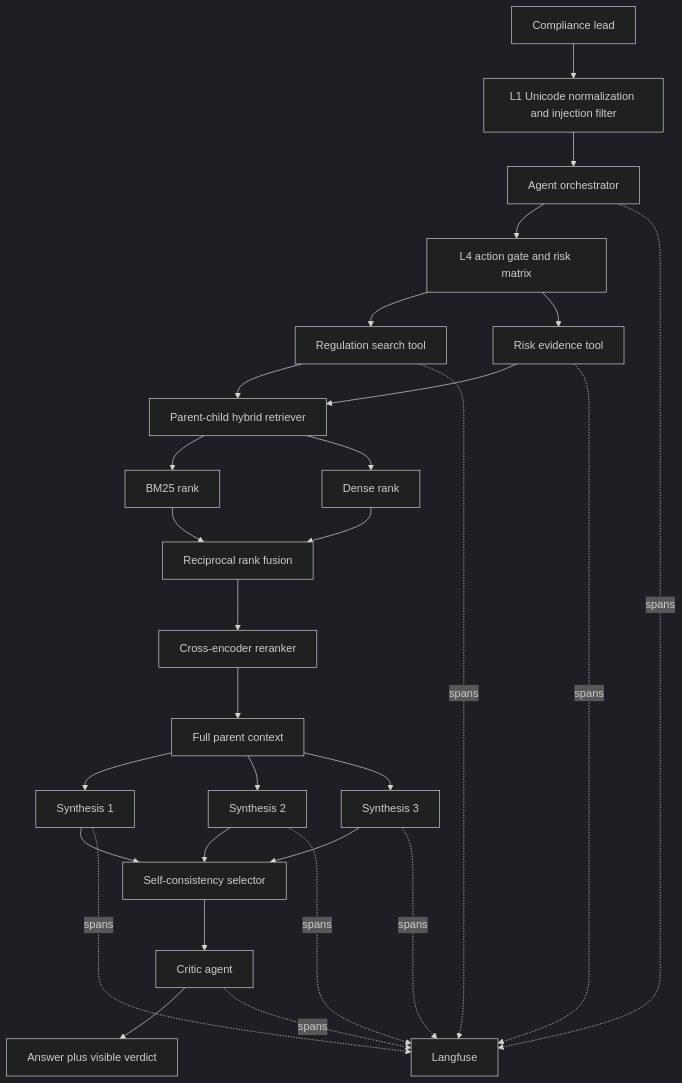
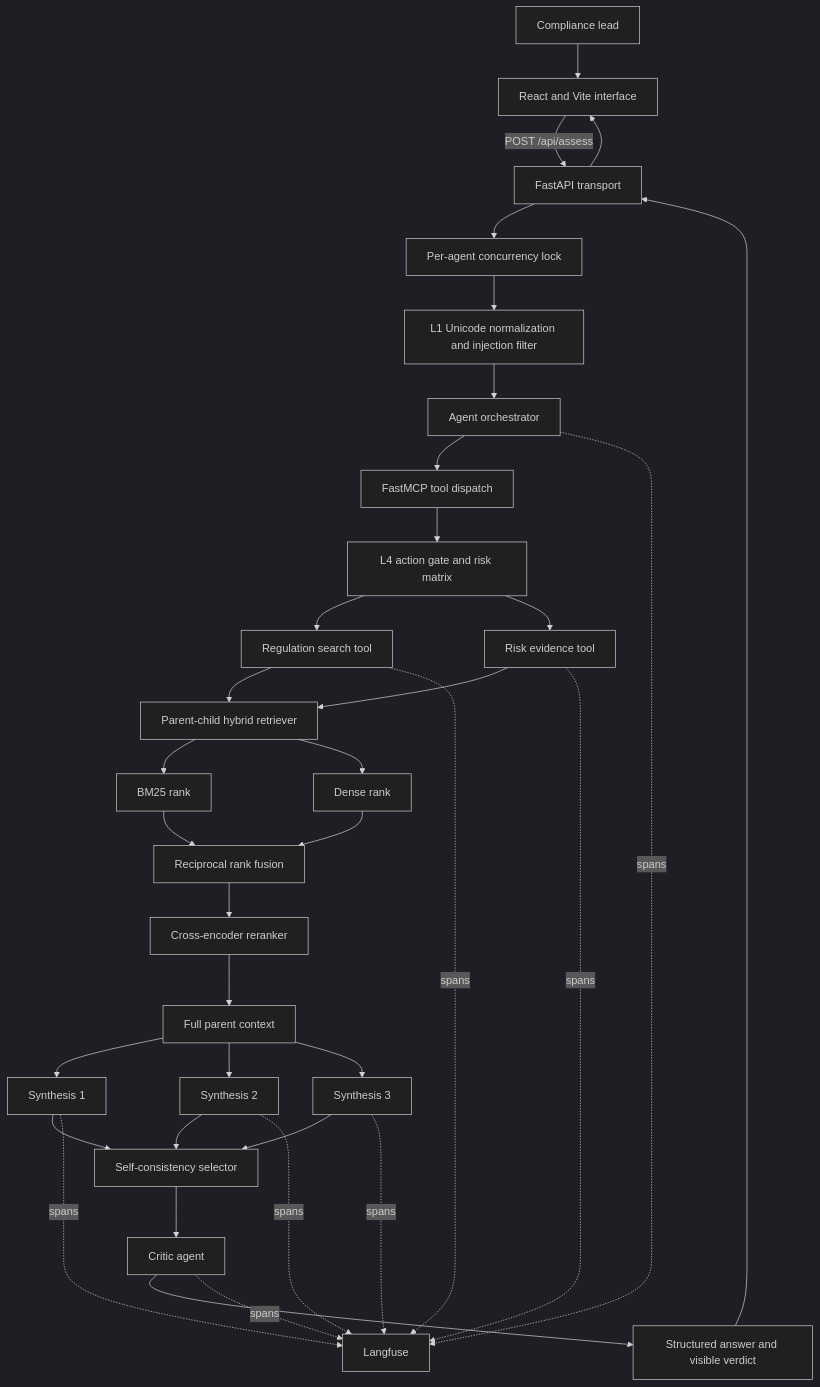
The diagram in docs/architecture.md (LikhitaYerra/aegis-eu-agent), drawn with Mermaid (dark theme) before and after one commit. The commit also changed other lines of this file and 37 other files, not shown here.

````diff
--- a/docs/architecture.md
+++ b/docs/architecture.md
@@ -3,31 +3,37 @@
 ```mermaid
 flowchart TD
-    U[Compliance lead] --> L1[L1 Unicode normalization and injection filter]
+    U[Compliance lead] --> UI[React and Vite interface]
+    UI -->|POST /api/assess| API[FastAPI transport]
+    API --> LOCK[Per-agent concurrency lock]
+    LOCK --> L1[L1 Unicode normalization and injection filter]
     L1 --> A[Agent orchestrator]
-    A --> L4[L4 action gate and risk matrix]
+    A --> MCP[FastMCP tool dispatch]
+    MCP --> L4[L4 action gate and risk matrix]
     L4 --> T1[Regulation search tool]
     L4 --> T2[Risk evidence tool]
     T1 --> R[Parent-child hybrid retriever]
     T2 --> R
     R --> B[BM25 rank]
     R --> D[Dense rank]
     B --> F[Reciprocal rank fusion]
     D --> F
     F --> X[Cross-encoder reranker]
     X --> P[Full parent context]
     P --> S1[Synthesis 1]
     P --> S2[Synthesis 2]
     P --> S3[Synthesis 3]
     S1 --> SC[Self-consistency selector]
     S2 --> SC
     S3 --> SC
     SC --> C[Critic agent]
-    C --> O[Answer plus visible verdict]
+    C --> O[Structured answer and visible verdict]
+    O --> API
+    API --> UI
     A -. spans .-> LF[Langfuse]
     T1 -. spans .-> LF
     T2 -. spans .-> LF
     S1 -. spans .-> LF
     S2 -. spans .-> LF
     S3 -. spans .-> LF
     C -. spans .-> LF
 ```
````
